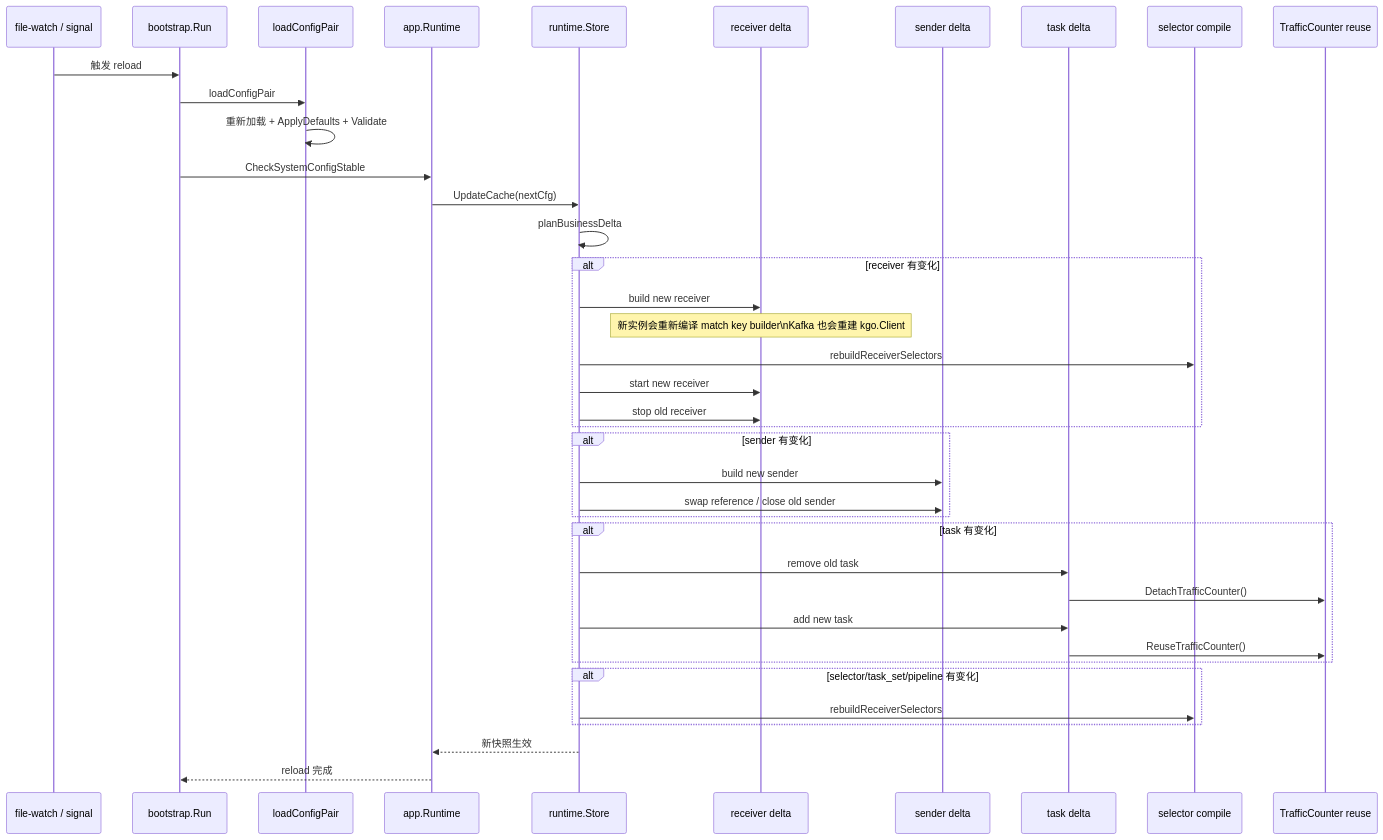
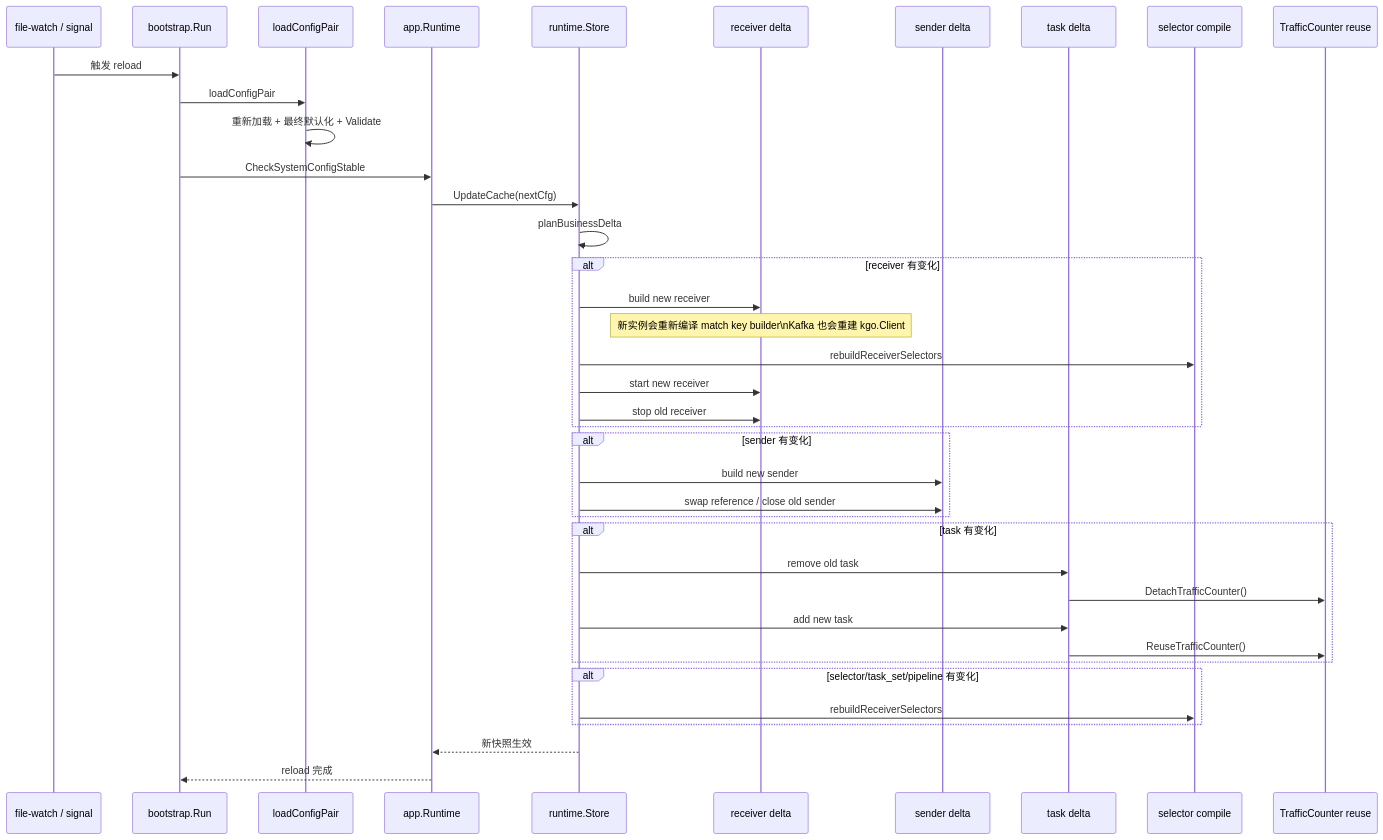
The third of 4 diagrams in docs/runtime-sequence-and-flow.md (oublie6/forward-stub), drawn with Mermaid before and after one commit. The commit also changed other lines of this file and 24 other files, not shown here.

````diff
--- a/docs/runtime-sequence-and-flow.md
+++ b/docs/runtime-sequence-and-flow.md
@@ -287,47 +287,47 @@
 ```mermaid
 sequenceDiagram
     participant watcher as file-watch / signal
     participant bootstrap as bootstrap.Run
     participant config as loadConfigPair
     participant app as app.Runtime
     participant store as runtime.Store
     participant receiver as receiver delta
     participant sender as sender delta
     participant task as task delta
     participant selector as selector compile
     participant traffic as TrafficCounter reuse
 
     watcher->>bootstrap: 触发 reload
     bootstrap->>config: loadConfigPair
-    config->>config: 重新加载 + ApplyDefaults + Validate
+    config->>config: 重新加载 + 最终默认化 + Validate
     bootstrap->>app: CheckSystemConfigStable
     app->>store: UpdateCache(nextCfg)
     store->>store: planBusinessDelta
 
     alt receiver 有变化
         store->>receiver: build new receiver
         note over receiver: 新实例会重新编译 match key builder\nKafka 也会重建 kgo.Client
         store->>selector: rebuildReceiverSelectors
         store->>receiver: start new receiver
         store->>receiver: stop old receiver
     end
 
     alt sender 有变化
         store->>sender: build new sender
         store->>sender: swap reference / close old sender
     end
 
     alt task 有变化
         store->>task: remove old task
         task->>traffic: DetachTrafficCounter()
         store->>task: add new task
         task->>traffic: ReuseTrafficCounter()
     end
 
     alt selector/task_set/pipeline 有变化
         store->>selector: rebuildReceiverSelectors
     end
 
     store-->>app: 新快照生效
     app-->>bootstrap: reload 完成
 ```
````
